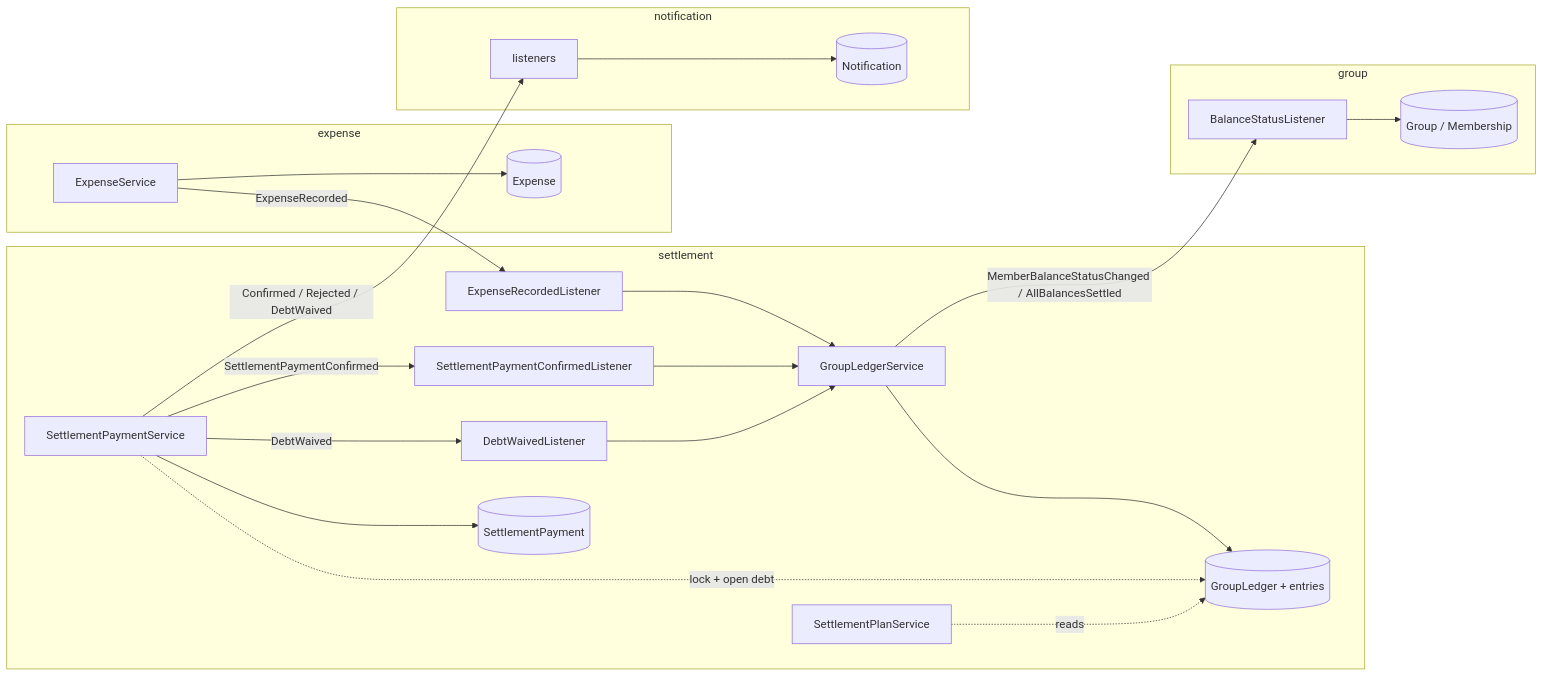
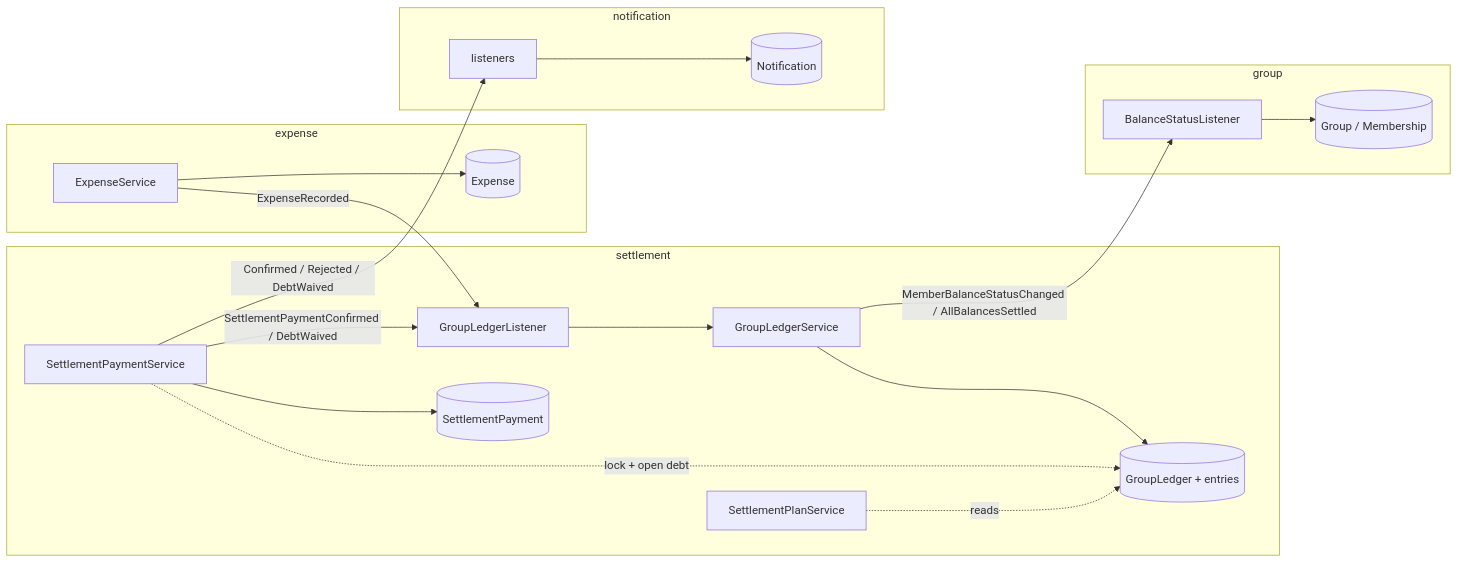
The first of 4 diagrams in docs/2026-11-04-money-flow.md (Ar000sh/sharewise), drawn with Mermaid before and after one commit. The commit also changed other lines of this file and 9 other files, not shown here.

First line of the commit message:
refactor(settlement): one listener for the events that change the ledger

````diff
--- a/docs/2026-11-04-money-flow.md
+++ b/docs/2026-11-04-money-flow.md
@@ -32,26 +32,23 @@
 ```mermaid
 flowchart LR
   subgraph expense
     ES[ExpenseService] --> EX[(Expense)]
   end
   subgraph settlement
-    L1[ExpenseRecordedListener] --> GLS[GroupLedgerService]
-    L2[SettlementPaymentConfirmedListener] --> GLS
-    L3[DebtWaivedListener] --> GLS
+    L[GroupLedgerListener] --> GLS[GroupLedgerService]
     GLS --> GL[(GroupLedger + entries)]
     SPS[SettlementPaymentService] --> SP[(SettlementPayment)]
     SPS -. lock + open debt .-> GL
     PLAN[SettlementPlanService] -. reads .-> GL
   end
   subgraph group
     GL2[BalanceStatusListener] --> G[(Group / Membership)]
   end
   subgraph notification
     N[listeners] --> NO[(Notification)]
   end
-  ES -- ExpenseRecorded --> L1
-  SPS -- SettlementPaymentConfirmed --> L2
-  SPS -- DebtWaived --> L3
+  ES -- ExpenseRecorded --> L
+  SPS -- SettlementPaymentConfirmed / DebtWaived --> L
   GLS -- MemberBalanceStatusChanged / AllBalancesSettled --> GL2
   SPS -- Confirmed / Rejected / DebtWaived --> N
 ```
````
